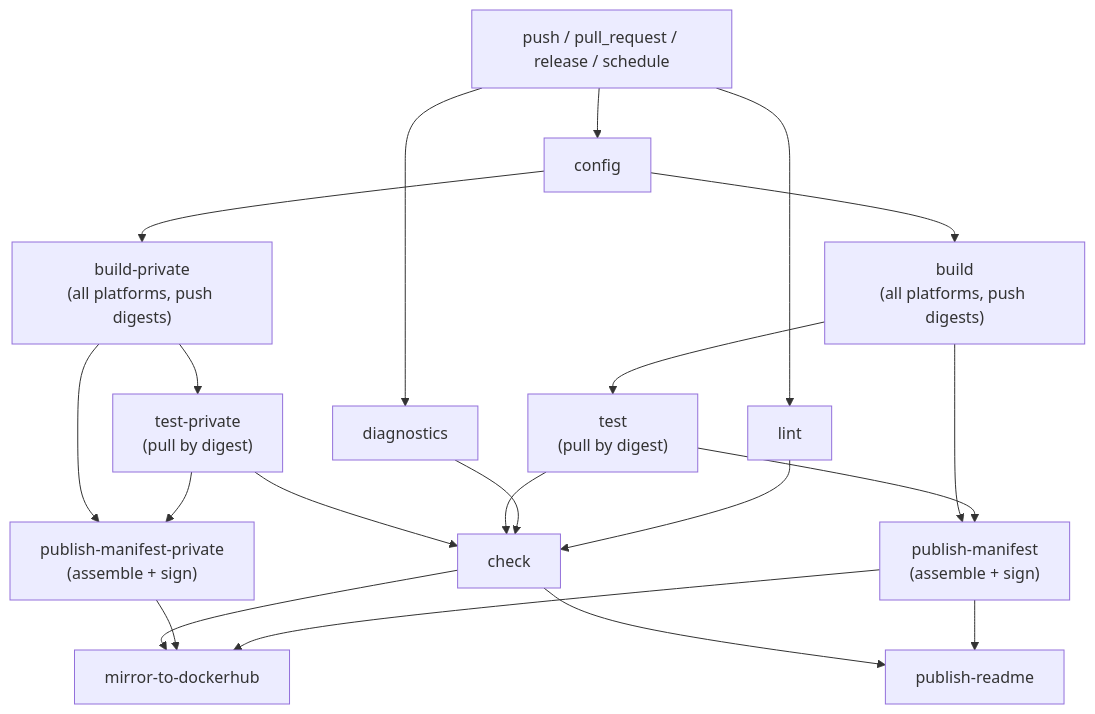
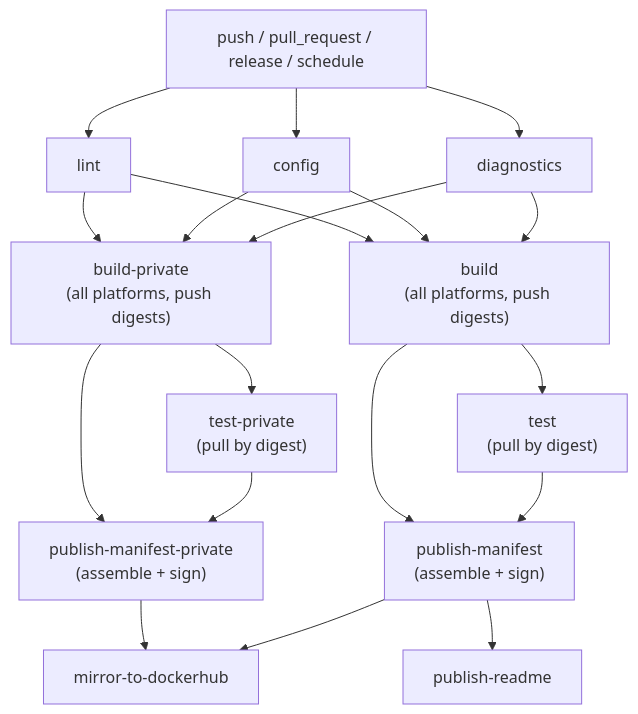
Before and after one commit to felddy/reusable-workflows: the diagram in README.md, drawn with Mermaid. The commit also changed other lines of this file and 1 other file, not shown here.

Commit message:
ci(_build): skip registry jobs on fork pull requests
- Add conditional to build job to skip on fork PRs when secrets unavailable
- Add conditional to build-private job to skip on fork PRs when secrets unavailable
- Update workflow diagram to show correct job dependencies for build stages
- Simplify diagram by removing redundant check job connections
- Add documentation section explaining fork PR handling and CI behavior
- Prevents authentication errors from push attempts with read-only GITHUB_TOKEN in fork workflows

````diff
--- a/README.md
+++ b/README.md
@@ -29,29 +29,26 @@
 ```mermaid
 graph TD
     A[push / pull_request / release / schedule] --> B[diagnostics]
     A --> C[config]
     A --> D[lint]
 
-    C --> E["build<br/>(all platforms, push digests)"]
-    C --> F["build-private<br/>(all platforms, push digests)"]
+    B --> E["build<br/>(all platforms, push digests)"]
+    C --> E
+    D --> E
+    B --> F["build-private<br/>(all platforms, push digests)"]
+    C --> F
+    D --> F
 
     E --> G["test<br/>(pull by digest)"]
     F --> H["test-private<br/>(pull by digest)"]
 
     G --> I["publish-manifest<br/>(assemble + sign)"]
     E --> I
 
     H --> J["publish-manifest-private<br/>(assemble + sign)"]
     F --> J
 
-    D --> K[check]
-    B --> K
-    G --> K
-    H --> K
-
-    I --> L[mirror-to-dockerhub]
-    J --> L
-    K --> L
-    I --> M[publish-readme]
-    K --> M
+    I --> K[mirror-to-dockerhub]
+    J --> K
+    I --> L[publish-readme]
 ```
````
